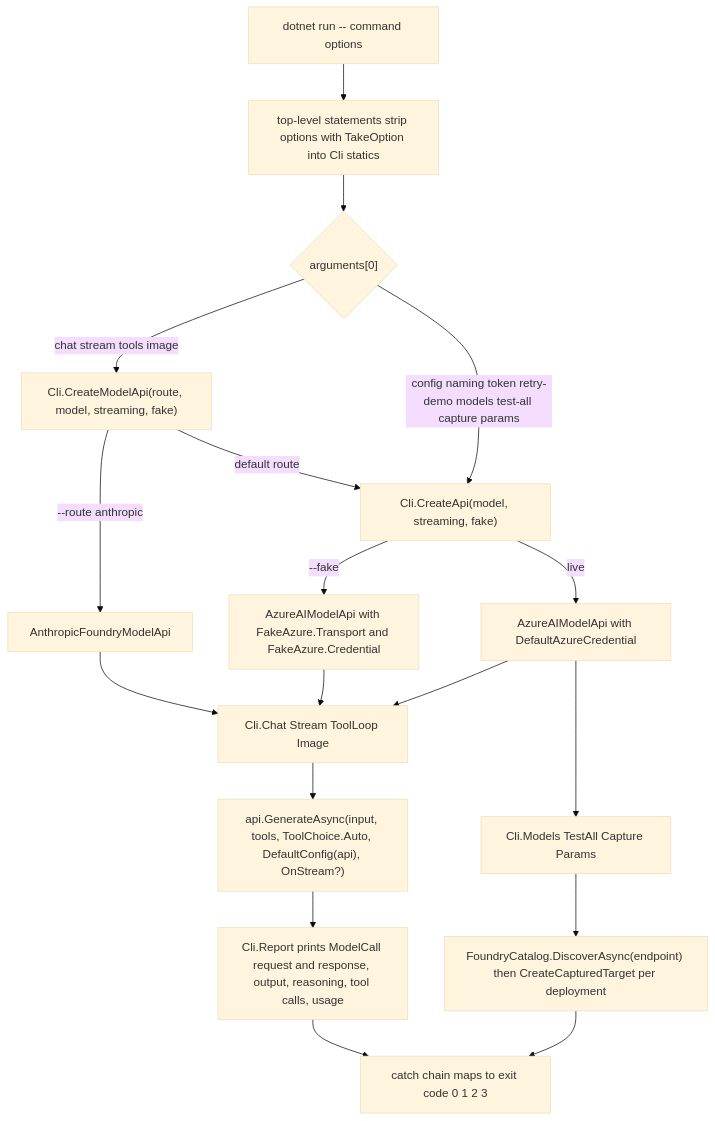
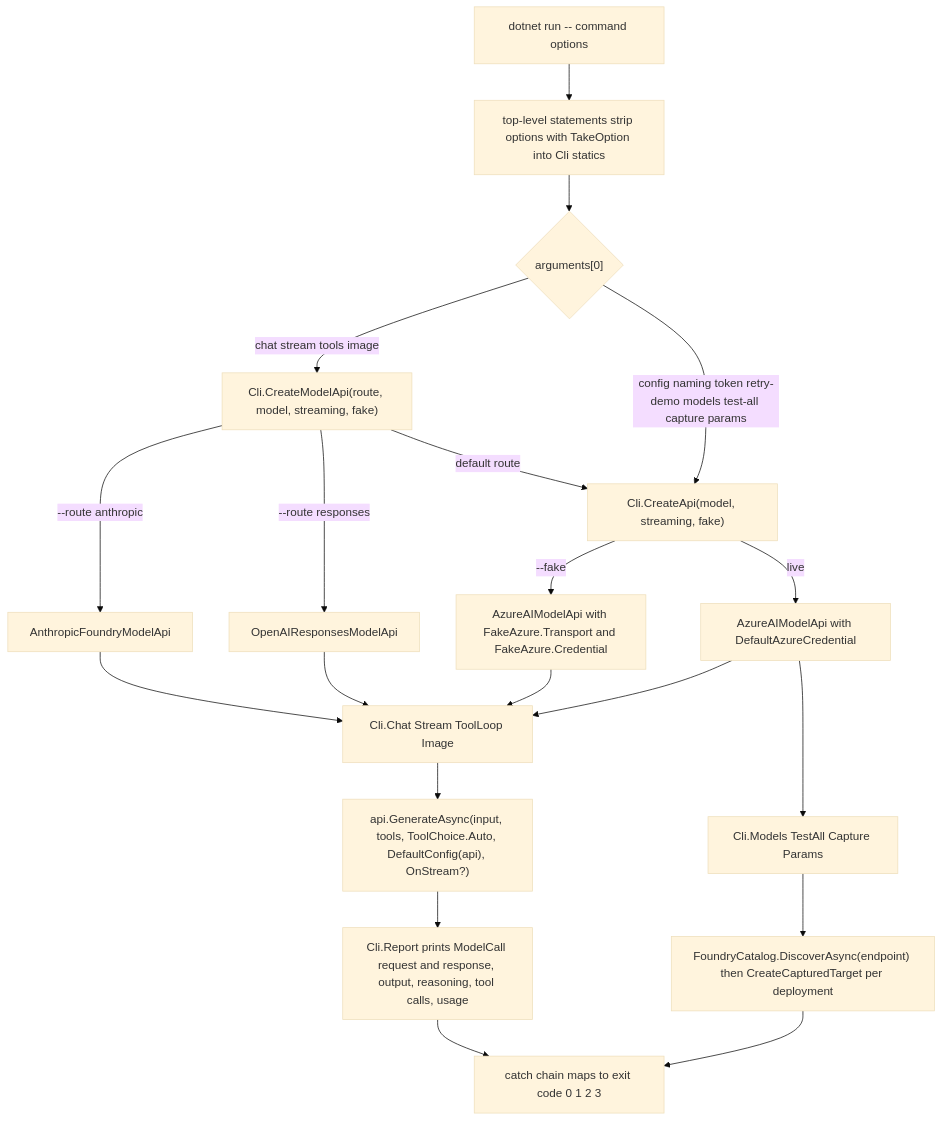
One commit to kevinondanet/foundry-providers changed diagram 22 of 25 in docs/ARCHITECTURE.md. Above: the diagram before and after it, drawn with Mermaid (base theme). The commit also changed other lines of this file and 597 other files, not shown here.

````diff
--- a/docs/ARCHITECTURE.md
+++ b/docs/ARCHITECTURE.md
@@ -2090,20 +2092,22 @@
 ```mermaid
 flowchart TD
   A["dotnet run -- command options"] --> B["top-level statements strip options with TakeOption into Cli statics"]
   B --> C{"arguments[0]"}
   C -->|"chat stream tools image"| D["Cli.CreateModelApi(route, model, streaming, fake)"]
   C -->|"config naming token retry-demo models test-all capture params"| E["Cli.CreateApi(model, streaming, fake)"]
   D -->|"--route anthropic"| F["AnthropicFoundryModelApi"]
+  D -->|"--route responses"| F2["OpenAIResponsesModelApi"]
   D -->|"default route"| E
   E -->|"--fake"| G["AzureAIModelApi with FakeAzure.Transport and FakeAzure.Credential"]
   E -->|"live"| H["AzureAIModelApi with DefaultAzureCredential"]
   F --> I["Cli.Chat Stream ToolLoop Image"]
+  F2 --> I
   G --> I
   H --> I
   I --> J["api.GenerateAsync(input, tools, ToolChoice.Auto, DefaultConfig(api), OnStream?)"]
   J --> K["Cli.Report prints ModelCall request and response, output, reasoning, tool calls, usage"]
   H --> L["Cli.Models TestAll Capture Params"]
   L --> M["FoundryCatalog.DiscoverAsync(endpoint) then CreateCapturedTarget per deployment"]
   K --> O["catch chain maps to exit code 0 1 2 3"]
   M --> O
 ```
````
